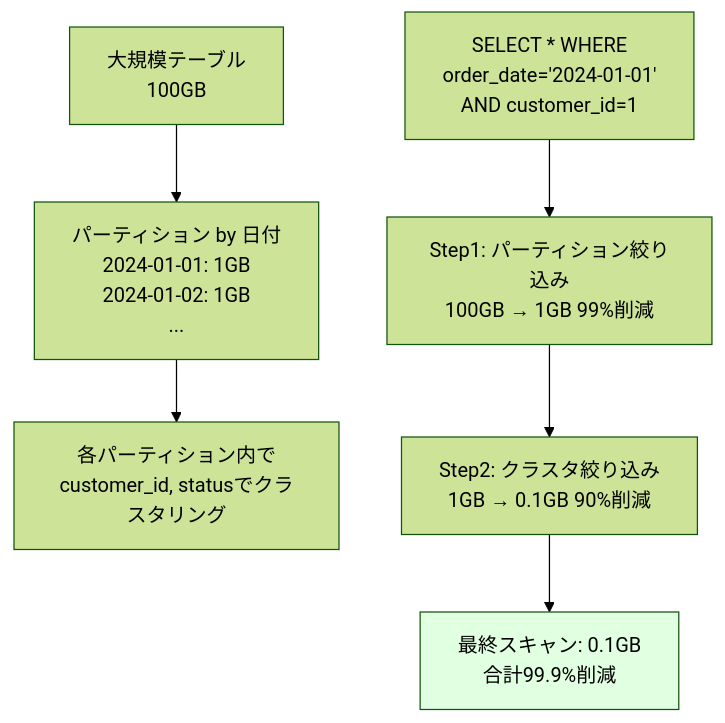
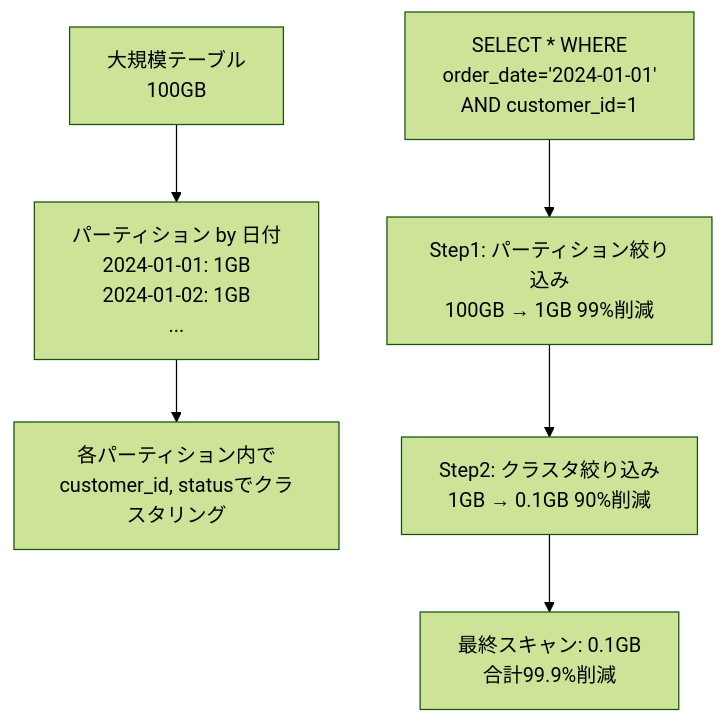
The third of 3 diagrams in content/Tech/dbt/categories/models/clustering.md (1210yuichi0/1210yuichi0.github.io), drawn with Mermaid (forest theme) before and after one commit. The commit also changed other lines of this file and 22 other files, not shown here.

First line of the commit message:
style: remove Mermaid style directives for dark mode compatibility

````diff
--- a/content/Tech/dbt/categories/models/clustering.md
+++ b/content/Tech/dbt/categories/models/clustering.md
@@ -176,11 +171,10 @@
 ```mermaid
 graph TD
     Table[大規模テーブル<br/>100GB] --> Part[パーティション by 日付<br/>2024-01-01: 1GB<br/>2024-01-02: 1GB<br/>...]
     Part --> Cluster[各パーティション内で<br/>customer_id, statusでクラスタリング]
 
     Query[SELECT * WHERE<br/>order_date='2024-01-01'<br/>AND customer_id=1] --> Step1[Step1: パーティション絞り込み<br/>100GB → 1GB 99%削減]
     Step1 --> Step2[Step2: クラスタ絞り込み<br/>1GB → 0.1GB 90%削減]
     Step2 --> Result[最終スキャン: 0.1GB<br/>合計99.9%削減]
 
-    style Result fill:#e1ffe1
 ```
````
